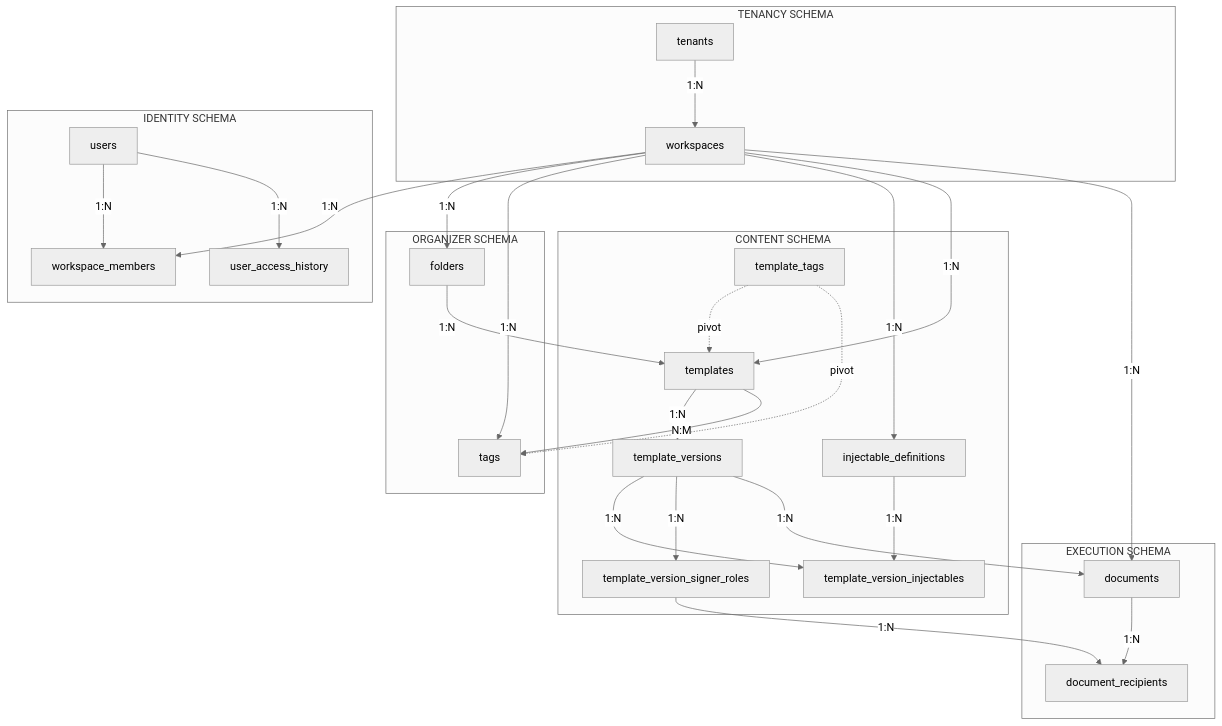
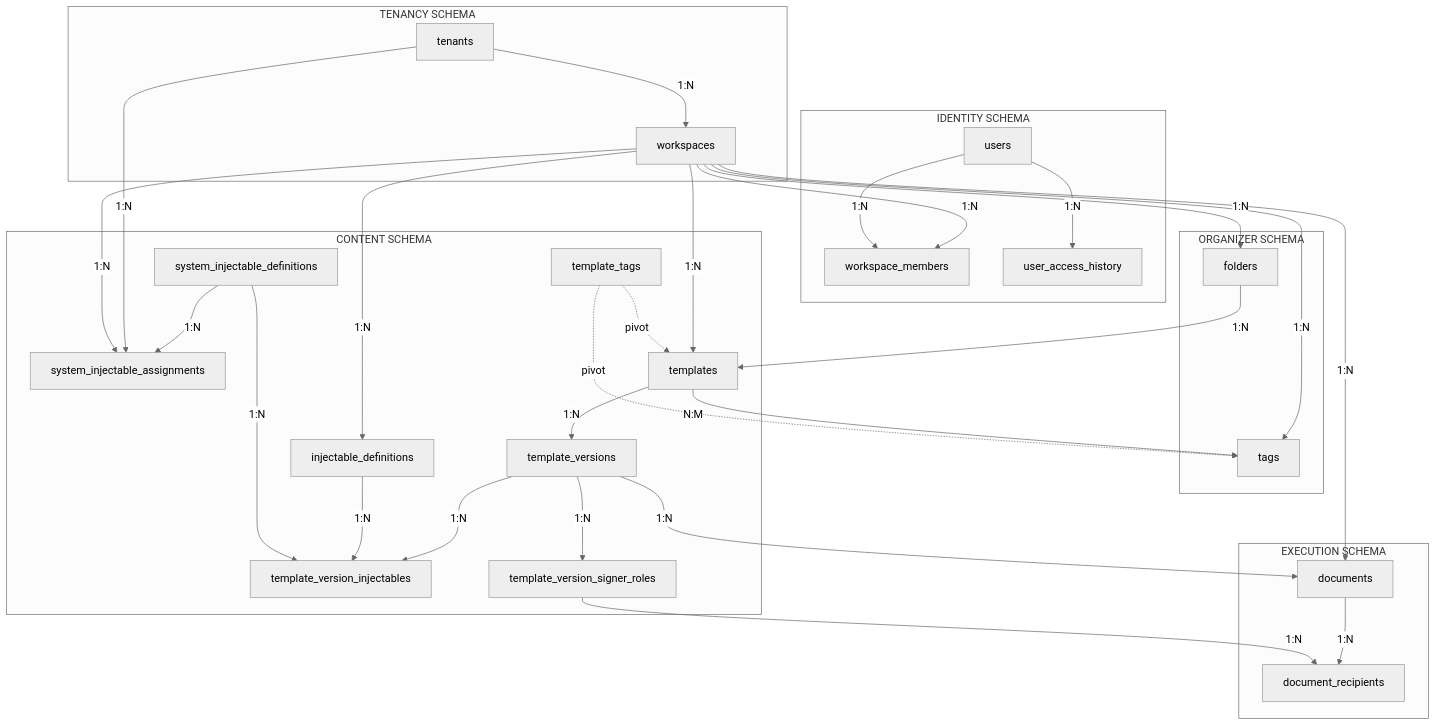
One commit to rendis/doc-assembly changed the first of 3 diagrams in db/DATABASE.md. Above: the diagram before and after it, drawn with Mermaid (neutral theme). The commit also changed other lines of this file and 5 other files, not shown here.

First line of the commit message:
feat: add system injectable definitions and assignments to enhance management capabilities

````diff
--- a/db/DATABASE.md
+++ b/db/DATABASE.md
@@ -86,53 +86,59 @@
 ```mermaid
 graph TB
     subgraph tenancy["TENANCY SCHEMA"]
         T[tenants]
         W[workspaces]
     end
 
     subgraph identity["IDENTITY SCHEMA"]
         U[users]
         WM[workspace_members]
         UAH[user_access_history]
     end
 
     subgraph organizer["ORGANIZER SCHEMA"]
         F[folders]
         TG[tags]
     end
 
     subgraph content["CONTENT SCHEMA"]
         ID[injectable_definitions]
+        SID[system_injectable_definitions]
+        SIA[system_injectable_assignments]
         TP[templates]
         TV[template_versions]
         TVI[template_version_injectables]
         TVSR[template_version_signer_roles]
         TT[template_tags]
     end
 
     subgraph execution["EXECUTION SCHEMA"]
         D[documents]
         DR[document_recipients]
     end
 
     T -->|1:N| W
     W -->|1:N| WM
     U -->|1:N| WM
     U -->|1:N| UAH
     W -->|1:N| F
     W -->|1:N| TG
     W -->|1:N| ID
     W -->|1:N| TP
     F -->|1:N| TP
     TP -->|1:N| TV
     TV -->|1:N| TVI
     ID -->|1:N| TVI
     TV -->|1:N| TVSR
     TP -->|N:M| TG
     TT -.->|pivot| TP
     TT -.->|pivot| TG
+    SID -->|1:N| SIA
+    T -->|1:N| SIA
+    W -->|1:N| SIA
+    SID -->|1:N| TVI
     W -->|1:N| D
     TV -->|1:N| D
     D -->|1:N| DR
     TVSR -->|1:N| DR
 ```
````
